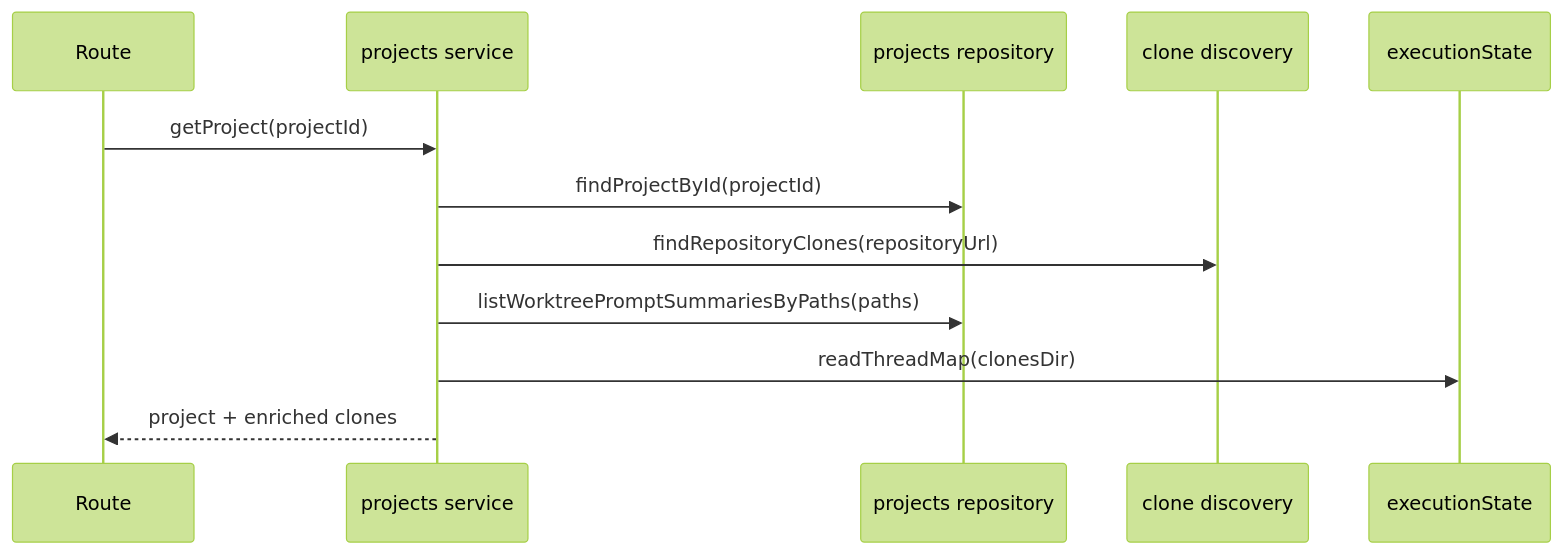
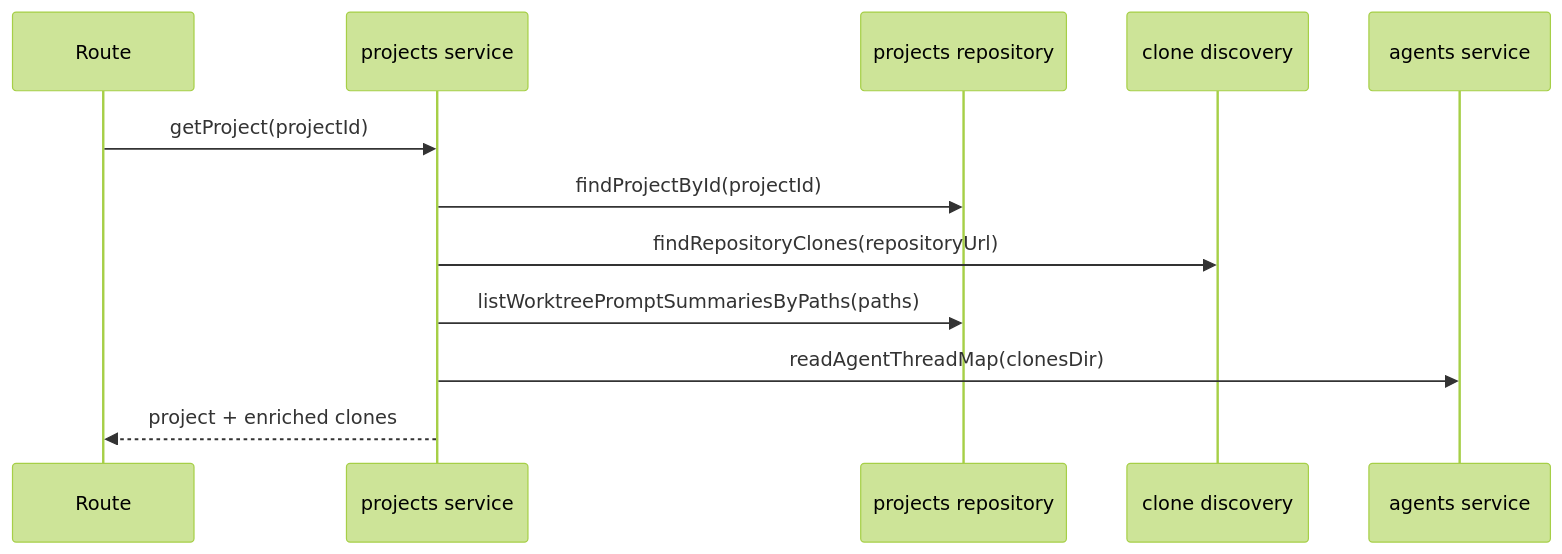
One commit to TurtleStoffel/tektite-console changed the third of 5 diagrams in src/backend/domains/projects/README.md. Above: the diagram before and after it, drawn with Mermaid (forest theme). The commit also changed other lines of this file and 6 other files, not shown here.

Commit message:
Move executionState in the Agents domain

````diff
--- a/src/backend/domains/projects/README.md
+++ b/src/backend/domains/projects/README.md
@@ -37,14 +37,14 @@
 ```mermaid
 sequenceDiagram
     participant Route
     participant Service as projects service
     participant Repo as projects repository
     participant Clone as clone discovery
-    participant State as executionState
+    participant Agents as agents service
     Route->>Service: getProject(projectId)
     Service->>Repo: findProjectById(projectId)
     Service->>Clone: findRepositoryClones(repositoryUrl)
     Service->>Repo: listWorktreePromptSummariesByPaths(paths)
-    Service->>State: readThreadMap(clonesDir)
+    Service->>Agents: readAgentThreadMap(clonesDir)
     Service-->>Route: project + enriched clones
 ```
````
